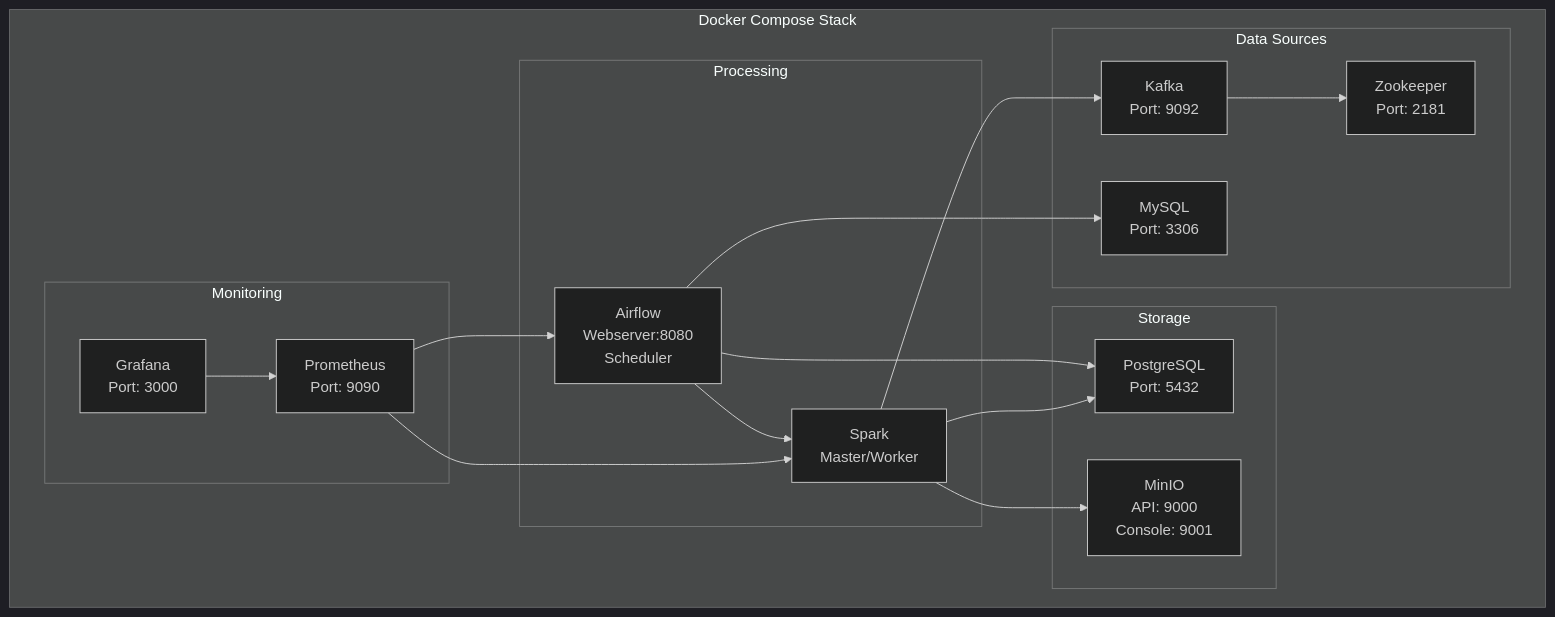
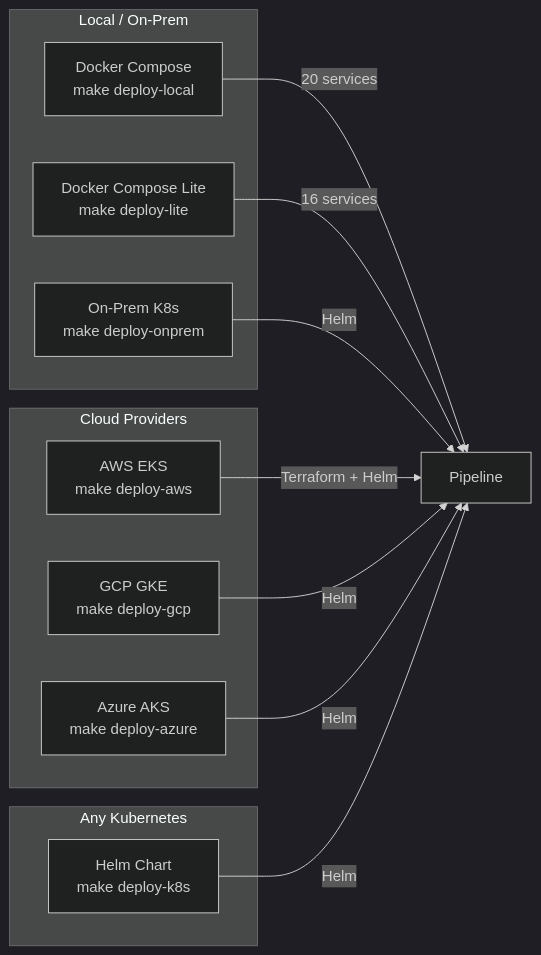
One commit to sherwin-casem/Sherwin-E2E-Data-Platform changed the second of 3 diagrams in README.md. Above: the diagram before and after it, drawn with Mermaid (dark theme). The commit also changed other lines of this file and 138 other files, not shown here.

First line of the commit message:
feat: add infrastructure, configuration, and deployment files for multi-cloud E2E pipeline; update code style and dependencies

````diff
--- a/README.md
+++ b/README.md
@@ -289,36 +221,24 @@
 ```mermaid
-graph TB
-    subgraph "Docker Compose Stack"
-        subgraph "Data Sources"
-            MYSQL[MySQL<br/>Port: 3306]
-            KAFKA[Kafka<br/>Port: 9092]
-            ZK[Zookeeper<br/>Port: 2181]
-        end
+graph LR
+    subgraph "Local / On-Prem"
+        DC[Docker Compose<br/>make deploy-local]
+        DL[Docker Compose Lite<br/>make deploy-lite]
+        OP[On-Prem K8s<br/>make deploy-onprem]
+    end
+    subgraph "Cloud Providers"
+        AWS[AWS EKS<br/>make deploy-aws]
+        GCP[GCP GKE<br/>make deploy-gcp]
+        AZ[Azure AKS<br/>make deploy-azure]
+    end
+    subgraph "Any Kubernetes"
+        K8S[Helm Chart<br/>make deploy-k8s]
+    end
 
-        subgraph "Processing"
-            AIR[Airflow<br/>Webserver:8080<br/>Scheduler]
-            SPARK[Spark<br/>Master/Worker]
-        end
-
-        subgraph "Storage"
-            MINIO[MinIO<br/>API: 9000<br/>Console: 9001]
-            PG[PostgreSQL<br/>Port: 5432]
-        end
-
-        subgraph "Monitoring"
-            PROM[Prometheus<br/>Port: 9090]
-            GRAF[Grafana<br/>Port: 3000]
-        end
-
-        KAFKA --> ZK
-        AIR --> MYSQL
-        AIR --> PG
-        AIR --> SPARK
-        SPARK --> MINIO
-        SPARK --> PG
-        SPARK --> KAFKA
-        PROM --> AIR
-        PROM --> SPARK
-        GRAF --> PROM
-    end
+    DC --> |20 services| Pipeline
+    DL --> |16 services| Pipeline
+    OP --> |Helm| Pipeline
+    AWS --> |Terraform + Helm| Pipeline
+    GCP --> |Helm| Pipeline
+    AZ --> |Helm| Pipeline
+    K8S --> |Helm| Pipeline
 ```
````
